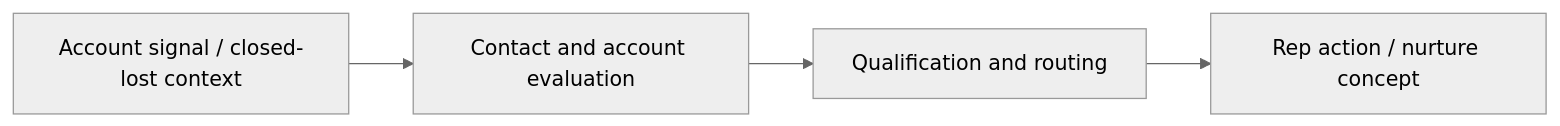
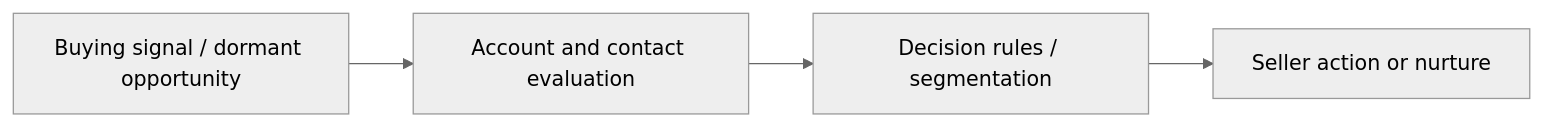
Before and after one commit to jtwood7/ai-growth-automation-portfolio: the diagram in README.md, drawn with Mermaid (neutral theme). The commit also changed other lines of this file, not shown here.

````diff
--- a/README.md
+++ b/README.md
@@ -18,6 +19,6 @@
 ```mermaid
 flowchart LR
- A[Account signal / closed-lost context] --> B[Contact and account evaluation]
- B --> C[Qualification and routing]
- C --> D[Rep action / nurture concept]
+    A["Buying signal / dormant opportunity"] --> B["Account and contact evaluation"]
+    B --> C["Decision rules / segmentation"]
+    C --> D["Seller action or nurture"]
 ```
````
